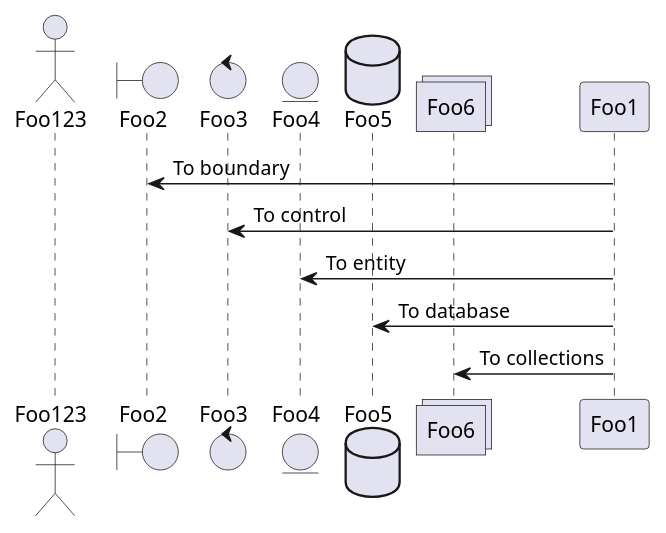
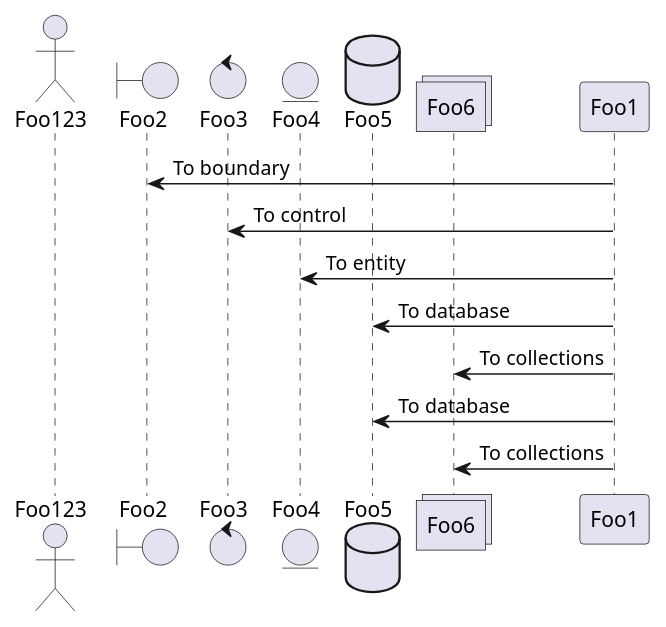
One commit to lutique666/resonance changed the first of 2 diagrams in book1.pu. Above: the diagram before and after it, drawn with PlantUML.

```diff
--- a/book1.pu
+++ b/book1.pu
@@ -7,13 +7,15 @@
 @startuml
 actor Foo123
 boundary Foo2
 control Foo3
 entity Foo4
 database Foo5
 collections Foo6
 Foo1 -> Foo2 : To boundary
 Foo1 -> Foo3 : To control
 Foo1 -> Foo4 : To entity
 Foo1 -> Foo5 : To database
 Foo1 -> Foo6 : To collections
+Foo1 -> Foo5 : To database
+Foo1 -> Foo6 : To collections
 @enduml
```
